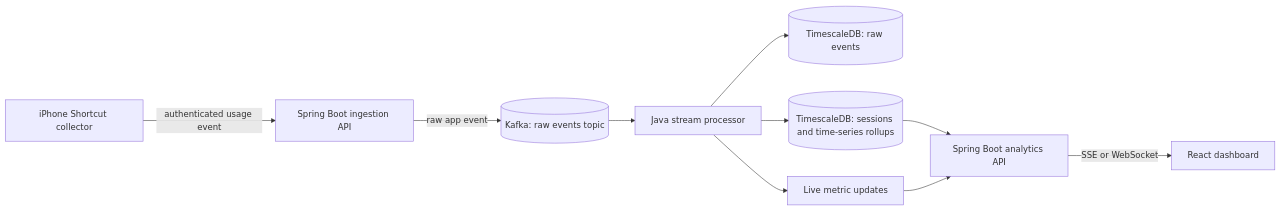
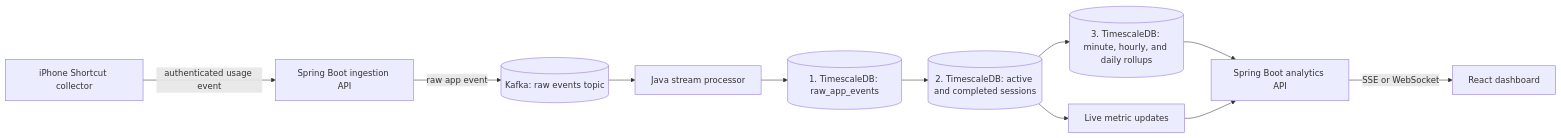
One commit to Monoji77/behavior changed the first of 2 diagrams in big_brain.md. Above: the diagram before and after it, drawn with Mermaid. The commit also changed 21 other files, not shown here.

````diff
--- a/big_brain.md
+++ b/big_brain.md
@@ -5,12 +5,13 @@
 ```mermaid
 flowchart LR
     I[iPhone Shortcut collector] -->|authenticated usage event| A[Spring Boot ingestion API]
     A -->|raw app event| K[(Kafka: raw events topic)]
     K --> P[Java stream processor]
-    P --> R[(TimescaleDB: raw events)]
-    P --> S[(TimescaleDB: sessions and time-series rollups)]
-    P --> L[Live metric updates]
-    S --> N[Spring Boot analytics API]
+    P --> R[(1. TimescaleDB: raw_app_events)]
+    R --> S[(2. TimescaleDB: active and completed sessions)]
+    S --> T[(3. TimescaleDB: minute, hourly, and daily rollups)]
+    S --> L[Live metric updates]
+    T --> N[Spring Boot analytics API]
     L --> N
     N -->|SSE or WebSocket| D[React dashboard]
 ```
````
